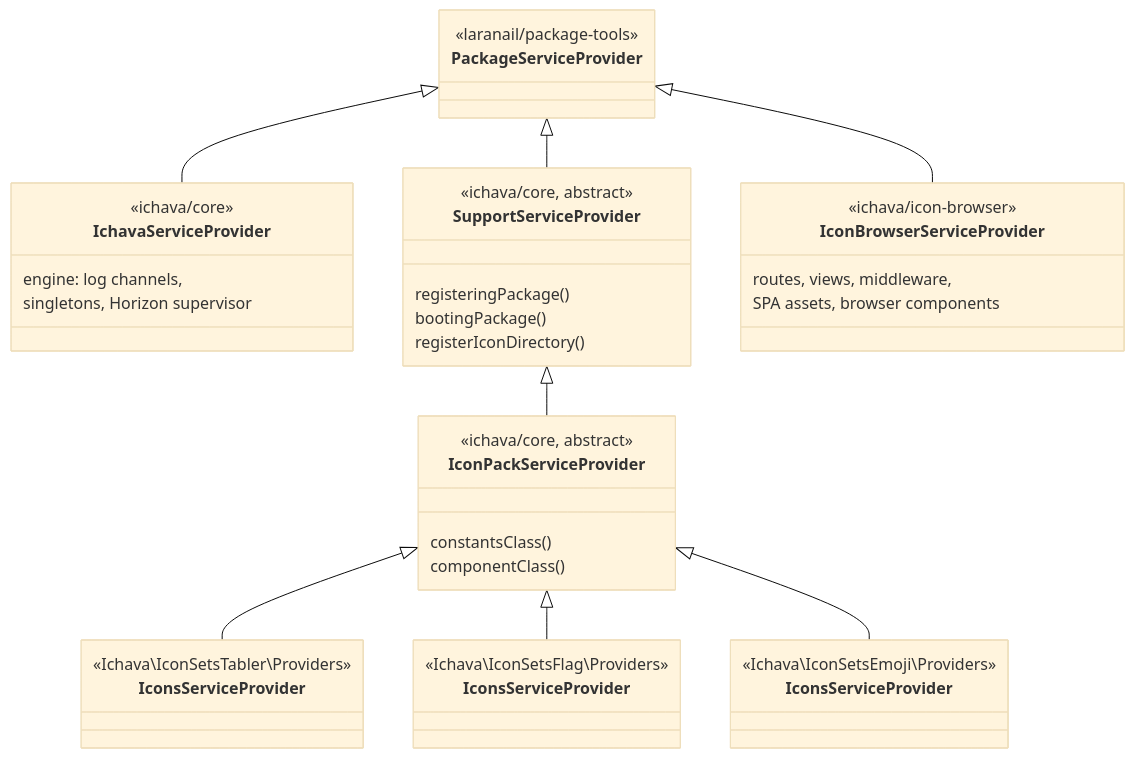
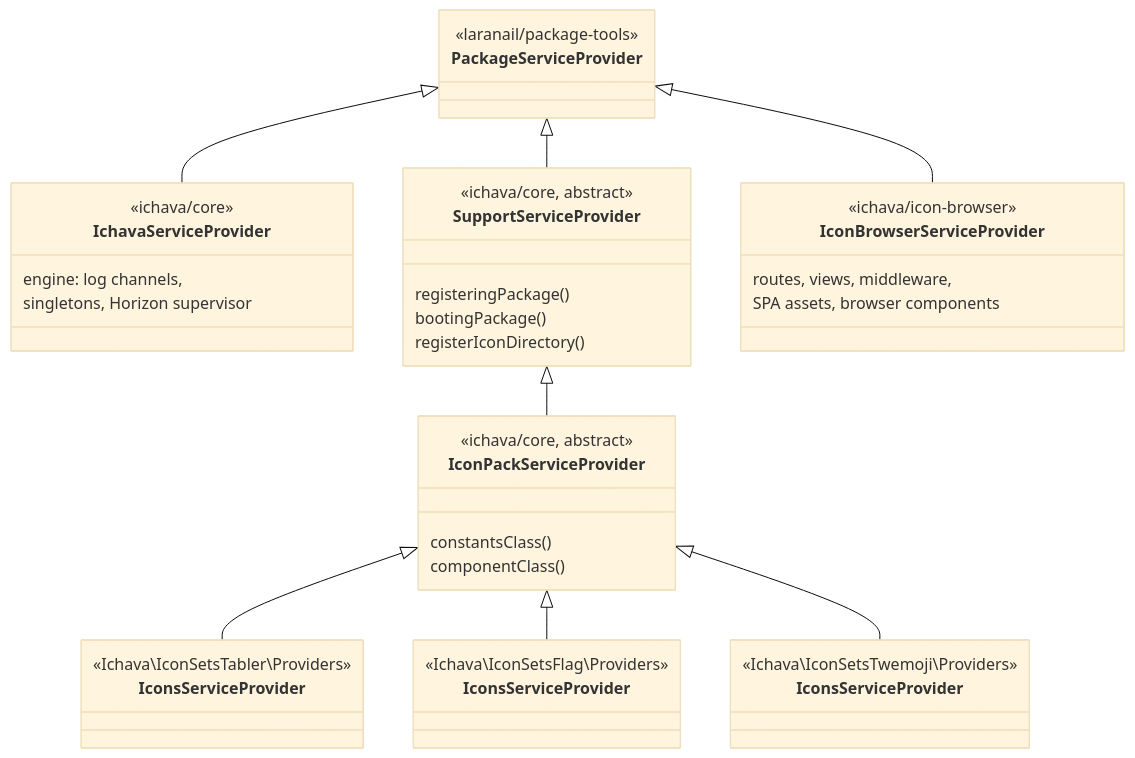
The second of 3 diagrams in docs/architecture.md (ichava/core), drawn with Mermaid (base theme) before and after one commit. The commit also changed other lines of this file and 15 other files, not shown here.

First line of the commit message:
Name the Twemoji pack ichava/icon-sets-twemoji

````diff
--- a/docs/architecture.md
+++ b/docs/architecture.md
@@ -77,43 +77,43 @@
 ```mermaid
 classDiagram
     class PackageServiceProvider {
         <<laranail/package-tools>>
     }
     class IchavaServiceProvider {
         <<ichava/core>>
         engine: log channels,
         singletons, Horizon supervisor
     }
     class SupportServiceProvider {
         <<ichava/core, abstract>>
         registeringPackage()
         bootingPackage()
         registerIconDirectory()
     }
     class IconPackServiceProvider {
         <<ichava/core, abstract>>
         constantsClass()
         componentClass()
     }
     class IconBrowserServiceProvider {
         <<ichava/icon-browser>>
         routes, views, middleware,
         SPA assets, browser components
     }
     class TablerIcons_IconsServiceProvider["IconsServiceProvider"] {
         <<Ichava\IconSetsTabler\Providers>>
     }
     class FlagIcons_IconsServiceProvider["IconsServiceProvider"] {
         <<Ichava\IconSetsFlag\Providers>>
     }
-    class EmojiSets_IconsServiceProvider["IconsServiceProvider"] {
-        <<Ichava\IconSetsEmoji\Providers>>
+    class Twemoji_IconsServiceProvider["IconsServiceProvider"] {
+        <<Ichava\IconSetsTwemoji\Providers>>
     }
     PackageServiceProvider <|-- IchavaServiceProvider
     PackageServiceProvider <|-- SupportServiceProvider
     SupportServiceProvider <|-- IconPackServiceProvider
     PackageServiceProvider <|-- IconBrowserServiceProvider
     IconPackServiceProvider <|-- TablerIcons_IconsServiceProvider
     IconPackServiceProvider <|-- FlagIcons_IconsServiceProvider
-    IconPackServiceProvider <|-- EmojiSets_IconsServiceProvider
+    IconPackServiceProvider <|-- Twemoji_IconsServiceProvider
 ```
````
